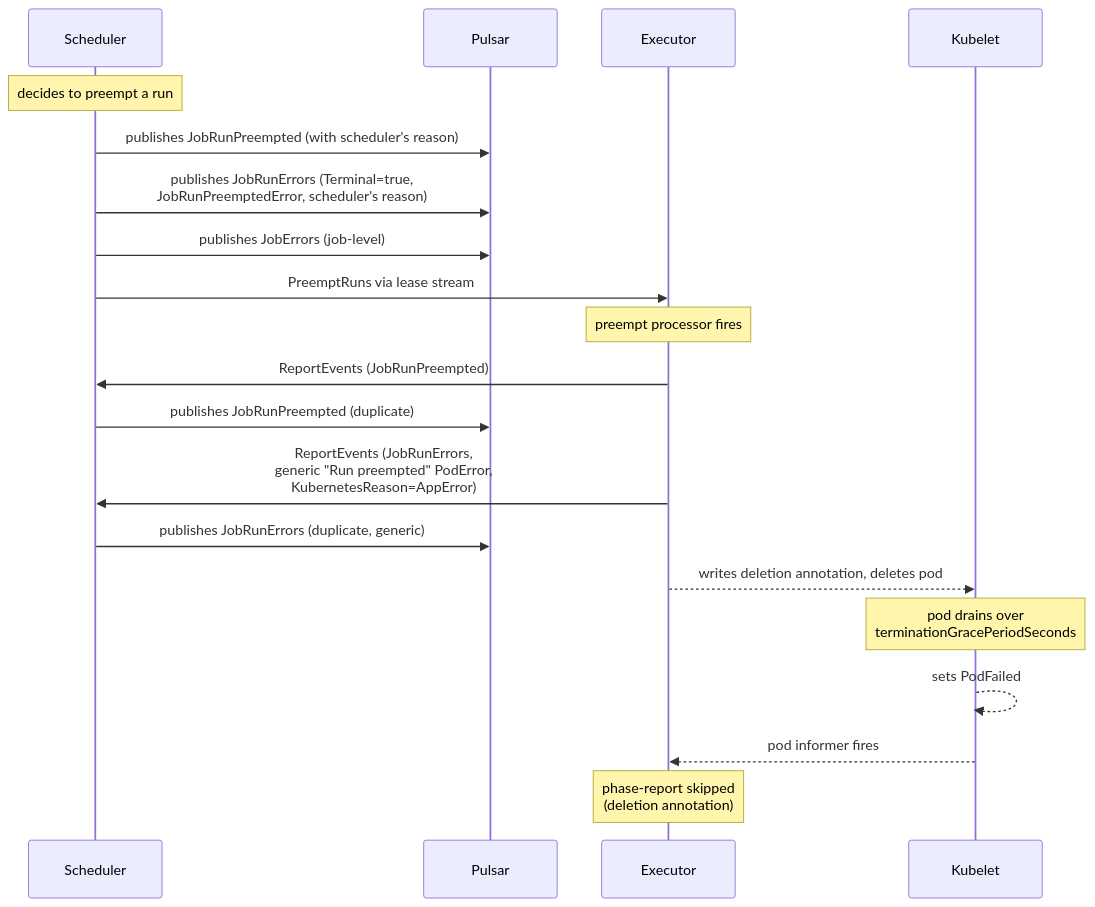
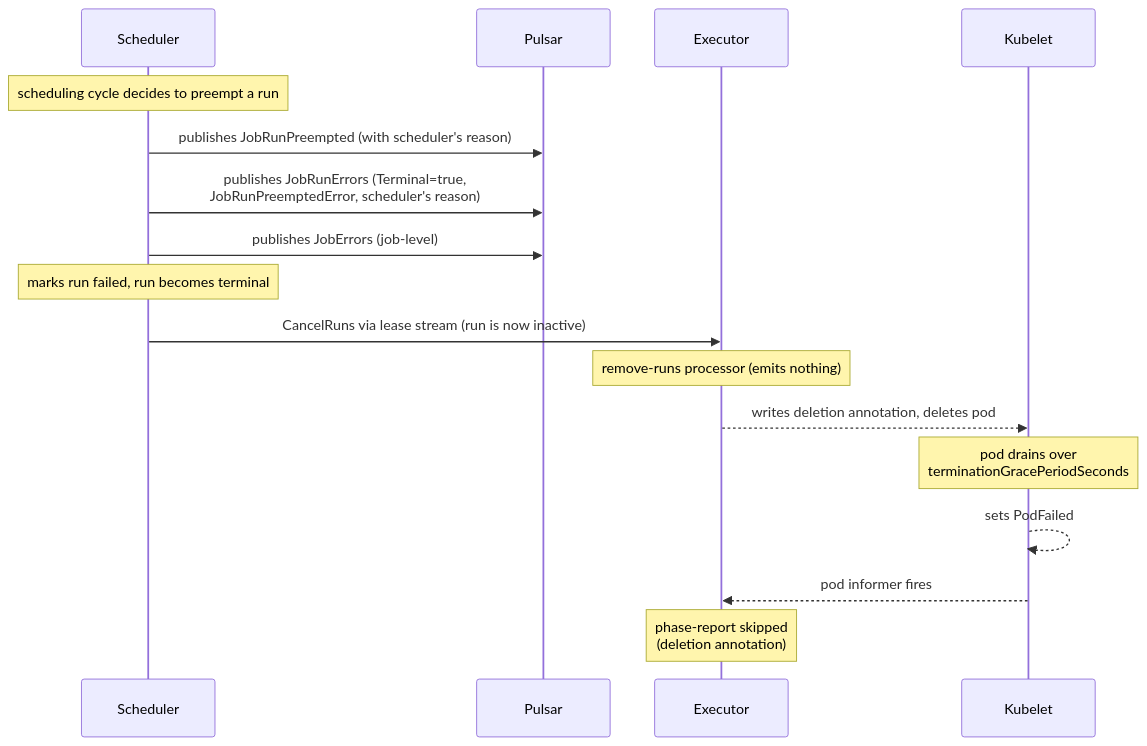
Before and after one commit to armadaproject/armada: the ninth of 10 diagrams in docs/developer/job-lifecycle-events.md, drawn with Mermaid. The commit also changed other lines of this file, not shown here.

Commit message:
Rewrite preempt section: scheduler-only fair-share preemption and the experimental reconciliation double emission

````diff
--- a/docs/developer/job-lifecycle-events.md
+++ b/docs/developer/job-lifecycle-events.md
@@ -347,22 +350,19 @@
 ```mermaid
 sequenceDiagram
     participant Sc as Scheduler
     participant P as Pulsar
     participant E as Executor
     participant K as Kubelet
-    Note over Sc: decides to preempt a run
+    Note over Sc: scheduling cycle decides to preempt a run
     Sc->>P: publishes JobRunPreempted (with scheduler's reason)
     Sc->>P: publishes JobRunErrors (Terminal=true,<br/>JobRunPreemptedError, scheduler's reason)
     Sc->>P: publishes JobErrors (job-level)
-    Sc->>E: PreemptRuns via lease stream
-    Note over E: preempt processor fires
-    E->>Sc: ReportEvents (JobRunPreempted)
-    Sc->>P: publishes JobRunPreempted (duplicate)
-    E->>Sc: ReportEvents (JobRunErrors,<br/>generic "Run preempted" PodError,<br/>KubernetesReason=AppError)
-    Sc->>P: publishes JobRunErrors (duplicate, generic)
+    Note over Sc: marks run failed, run becomes terminal
+    Sc->>E: CancelRuns via lease stream (run is now inactive)
+    Note over E: remove-runs processor (emits nothing)
     E-->>K: writes deletion annotation, deletes pod
     Note over K: pod drains over<br/>terminationGracePeriodSeconds
     K-->>K: sets PodFailed
     K-->>E: pod informer fires
     Note over E: phase-report skipped<br/>(deletion annotation)
 ```
````
